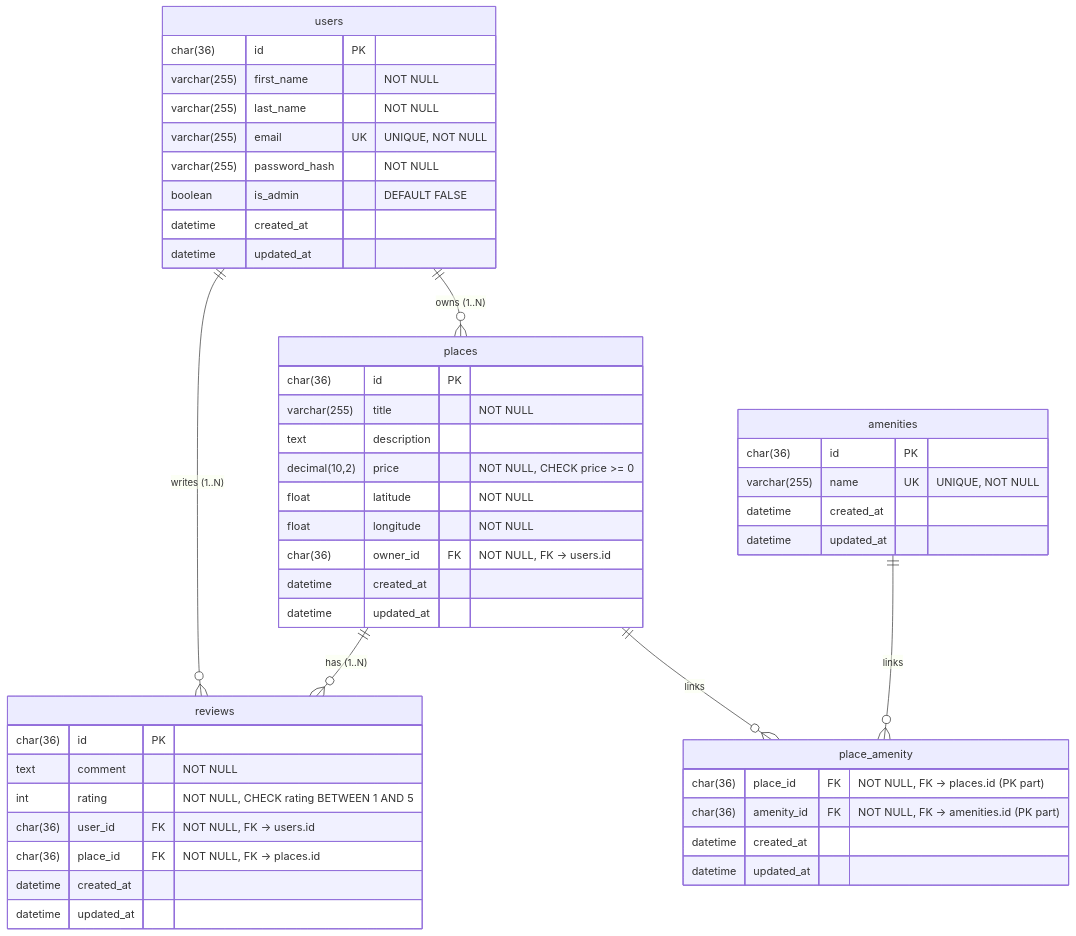
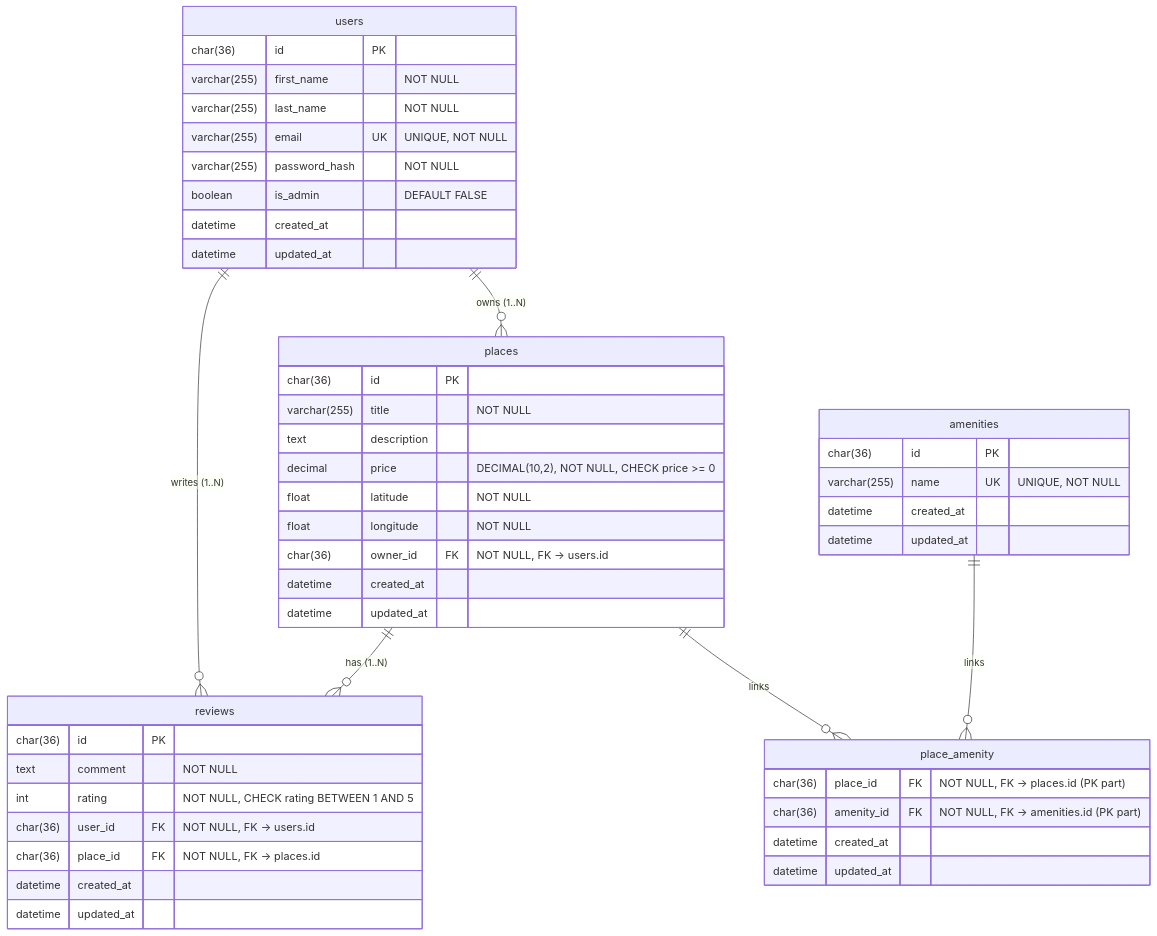
Before and after one commit to Roullito/holbertonschool-hbnb: the diagram in part1/3_MLD_ERD_Diagram.md, drawn with Mermaid.

Commit message:
fix: Refine MLD/ERD diagram syntax for price field and remove optional comments

````diff
--- a/part1/3_MLD_ERD_Diagram.md
+++ b/part1/3_MLD_ERD_Diagram.md
@@ -7,59 +7,56 @@
 ```mermaid
 erDiagram
     users  ||--o{ places        : "owns (1..N)"
     users  ||--o{ reviews       : "writes (1..N)"
     places ||--o{ reviews       : "has (1..N)"
     places ||--o{ place_amenity : "links"
     amenities ||--o{ place_amenity : "links"
 
     users {
         char(36) id PK
         varchar(255) first_name "NOT NULL"
         varchar(255) last_name  "NOT NULL"
         varchar(255) email UK   "UNIQUE, NOT NULL"
         varchar(255) password_hash "NOT NULL"
         boolean is_admin "DEFAULT FALSE"
         datetime created_at
         datetime updated_at
     }
 
     places {
         char(36) id PK
         varchar(255) title "NOT NULL"
         text description
-        decimal(10,2) price "NOT NULL, CHECK price >= 0"
+        decimal price "DECIMAL(10,2), NOT NULL, CHECK price >= 0"
         float latitude "NOT NULL"
         float longitude "NOT NULL"
         char(36) owner_id FK "NOT NULL, FK -> users.id"
         datetime created_at
         datetime updated_at
     }
 
     reviews {
         char(36) id PK
         text comment "NOT NULL"
         int rating "NOT NULL, CHECK rating BETWEEN 1 AND 5"
         char(36) user_id FK "NOT NULL, FK -> users.id"
         char(36) place_id FK "NOT NULL, FK -> places.id"
         datetime created_at
         datetime updated_at
-        %% Optionnel mais très propre :
-        %% UNIQUE(user_id, place_id)
     }
 
     amenities {
         char(36) id PK
         varchar(255) name UK "UNIQUE, NOT NULL"
         datetime created_at
         datetime updated_at
     }
 
     place_amenity {
         char(36) place_id FK "NOT NULL, FK -> places.id (PK part)"
         char(36) amenity_id FK "NOT NULL, FK -> amenities.id (PK part)"
-        %% PK(place_id, amenity_id)
         datetime created_at
         datetime updated_at
     }
 
 ```
````
